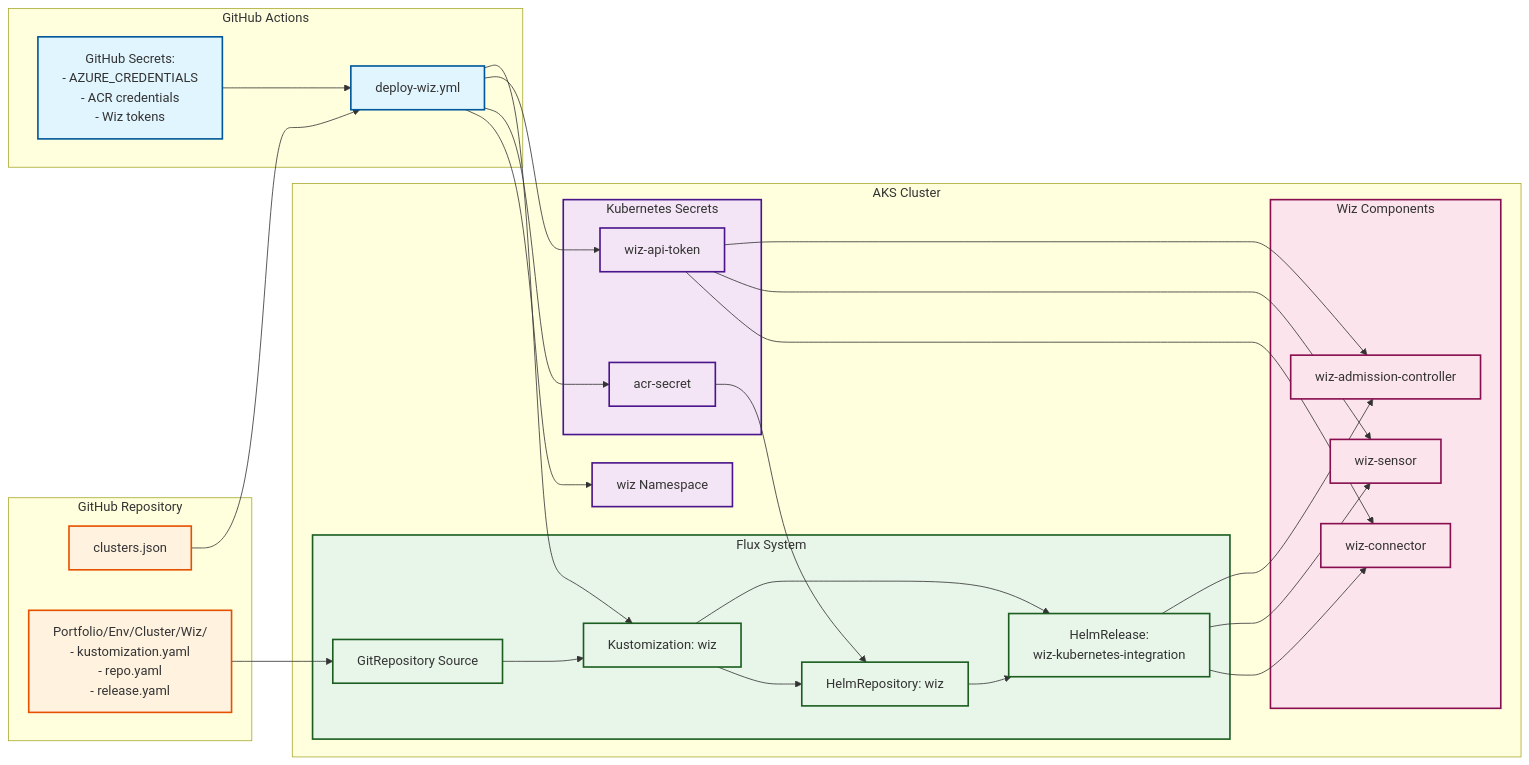
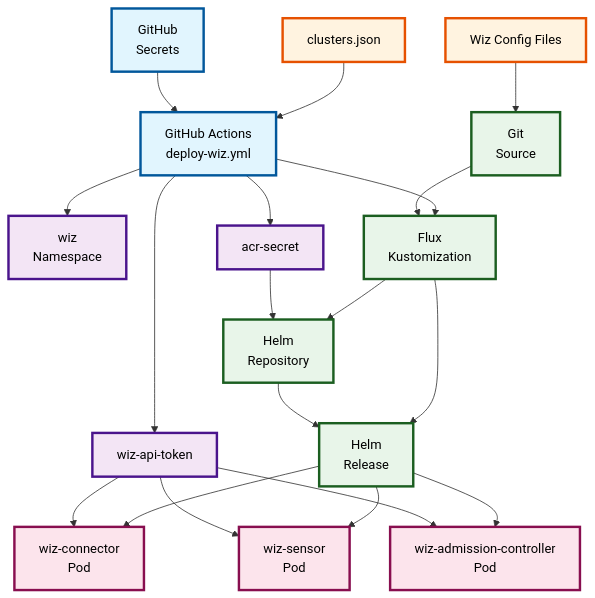
Before and after one commit to Kaarthiksoundappan/workflows: the fourth of 4 diagrams in wiz-deployment/workflow-guide.md, drawn with Mermaid. The commit also changed other lines of this file, not shown here.

Commit message:
Improve flowchart readability with clearer fonts and layout
Enhanced two flowcharts in workflow-guide.md for better readability:

1. GitHub Actions Job Flow:
   - Changed from top-down (TD) to left-right (LR) layout for better spacing
   - Shortened labels with line breaks (e.g., "Checkout Repository" → "Checkout<br/>Repository")
   - Increased stroke width to 3px for better visibility
   - Added color:#000 for stronger text contrast
   - Added flow explanation with color-coded legend

2. Flux Integration Architecture:
   - Removed nested subgraphs that caused font rendering issues
   - Simplified to flat top-down (TD) structure
   - Used shorter, clearer labels (e.g., "wiz-connector Pod")
   - Increased stroke width to 3px
   - Added explicit color:#000 for text
   - Added component legend with color explanations

Benefits:
- Much clearer and easier to read fonts
- Better spacing between elements
- Color-coded legends help identify component types
- Simpler structure without nested subgraphs
- Improved contrast for better visibility

🤖 Generated with [Claude Code](https://claude.com/claude-code)

````diff
--- a/wiz-deployment/workflow-guide.md
+++ b/wiz-deployment/workflow-guide.md
@@ -191,65 +189,65 @@
 ```mermaid
-flowchart LR
-    subgraph GitHub["GitHub Repository"]
-        Config[clusters.json]
-        WizFiles[Portfolio/Env/Cluster/Wiz/<br/>- kustomization.yaml<br/>- repo.yaml<br/>- release.yaml]
-    end
+flowchart TD
+    %% GitHub Repository
+    Config[clusters.json]
+    WizFiles[Wiz Config Files]
 
-    subgraph Actions["GitHub Actions"]
-        Workflow[deploy-wiz.yml]
-        Secrets[GitHub Secrets:<br/>- AZURE_CREDENTIALS<br/>- ACR credentials<br/>- Wiz tokens]
-    end
+    %% GitHub Actions
+    Workflow[GitHub Actions<br/>deploy-wiz.yml]
+    Secrets[GitHub<br/>Secrets]
 
-    subgraph AKS["AKS Cluster"]
-        NS[wiz Namespace]
+    %% AKS Namespace
+    NS[wiz<br/>Namespace]
 
-        subgraph K8sSecrets["Kubernetes Secrets"]
-            ACRSec[acr-secret]
-            WizSec[wiz-api-token]
-        end
+    %% K8s Secrets
+    ACRSec[acr-secret]
+    WizSec[wiz-api-token]
 
-        subgraph FluxSystem["Flux System"]
-            FluxSource[GitRepository Source]
-            FluxKust[Kustomization: wiz]
-            HelmRepo[HelmRepository: wiz]
-            HelmRel[HelmRelease:<br/>wiz-kubernetes-integration]
-        end
+    %% Flux Resources
+    FluxSource[Git<br/>Source]
+    FluxKust[Flux<br/>Kustomization]
+    HelmRepo[Helm<br/>Repository]
+    HelmRel[Helm<br/>Release]
 
-        subgraph WizPods["Wiz Components"]
-            Connector[wiz-connector]
-            Sensor[wiz-sensor]
-            Admission[wiz-admission-controller]
-        end
-    end
+    %% Wiz Pods
+    Connector[wiz-connector<br/>Pod]
+    Sensor[wiz-sensor<br/>Pod]
+    Admission[wiz-admission-controller<br/>Pod]
 
+    %% Flow connections
     Config --> Workflow
+    Secrets --> Workflow
     WizFiles --> FluxSource
+
     Workflow --> NS
-    Secrets --> Workflow
     Workflow --> ACRSec
     Workflow --> WizSec
     Workflow --> FluxKust
+
     FluxSource --> FluxKust
     FluxKust --> HelmRepo
     FluxKust --> HelmRel
     HelmRepo --> HelmRel
+    ACRSec --> HelmRepo
+
     HelmRel --> Connector
     HelmRel --> Sensor
     HelmRel --> Admission
+
     WizSec --> Connector
     WizSec --> Sensor
     WizSec --> Admission
-    ACRSec --> HelmRepo
 
-    classDef github fill:#FFF3E0,stroke:#E65100,stroke-width:2px
-    classDef actions fill:#E1F5FE,stroke:#01579B,stroke-width:2px
-    classDef k8s fill:#F3E5F5,stroke:#4A148C,stroke-width:2px
-    classDef flux fill:#E8F5E9,stroke:#1B5E20,stroke-width:2px
-    classDef wiz fill:#FCE4EC,stroke:#880E4F,stroke-width:2px
+    %% Styling
+    classDef github fill:#FFF3E0,stroke:#E65100,stroke-width:3px,color:#000
+    classDef actions fill:#E1F5FE,stroke:#01579B,stroke-width:3px,color:#000
+    classDef k8s fill:#F3E5F5,stroke:#4A148C,stroke-width:3px,color:#000
+    classDef flux fill:#E8F5E9,stroke:#1B5E20,stroke-width:3px,color:#000
+    classDef wiz fill:#FCE4EC,stroke:#880E4F,stroke-width:3px,color:#000
 
     class Config,WizFiles github
     class Workflow,Secrets actions
-    class NS,K8sSecrets,ACRSec,WizSec k8s
-    class FluxSystem,FluxSource,FluxKust,HelmRepo,HelmRel flux
-    class WizPods,Connector,Sensor,Admission wiz
+    class NS,ACRSec,WizSec k8s
+    class FluxSource,FluxKust,HelmRepo,HelmRel flux
+    class Connector,Sensor,Admission wiz
 ```
````
